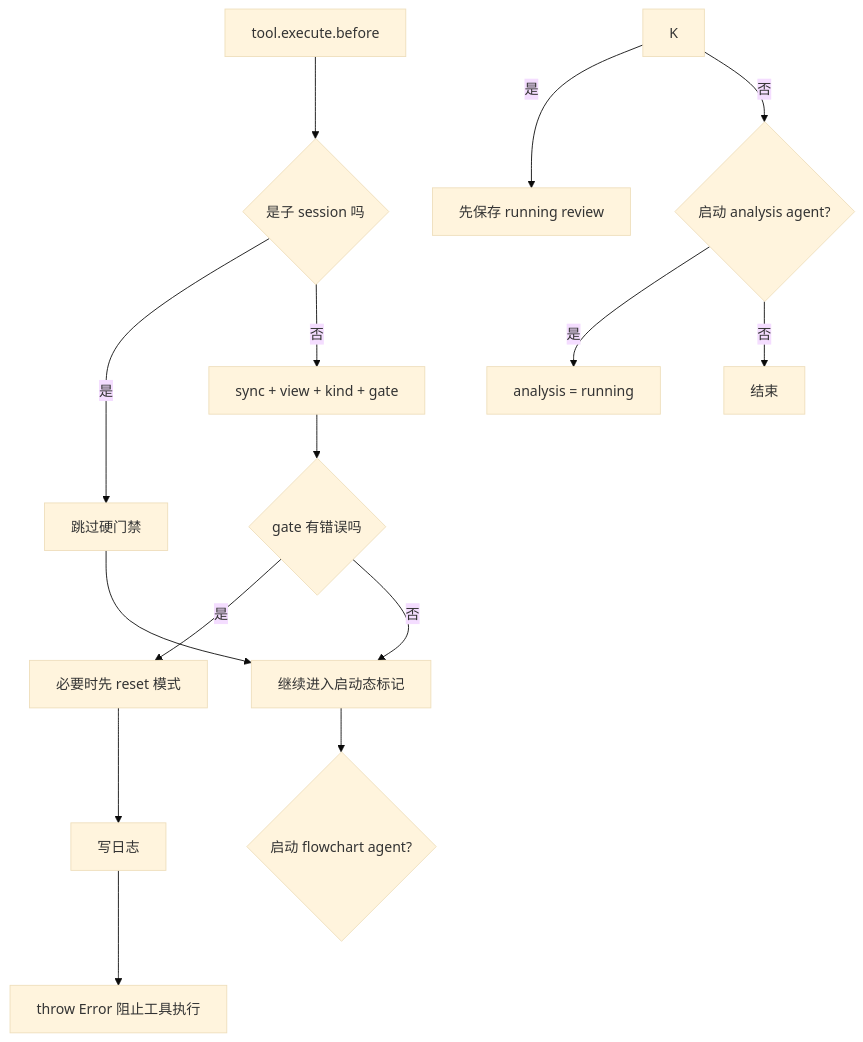
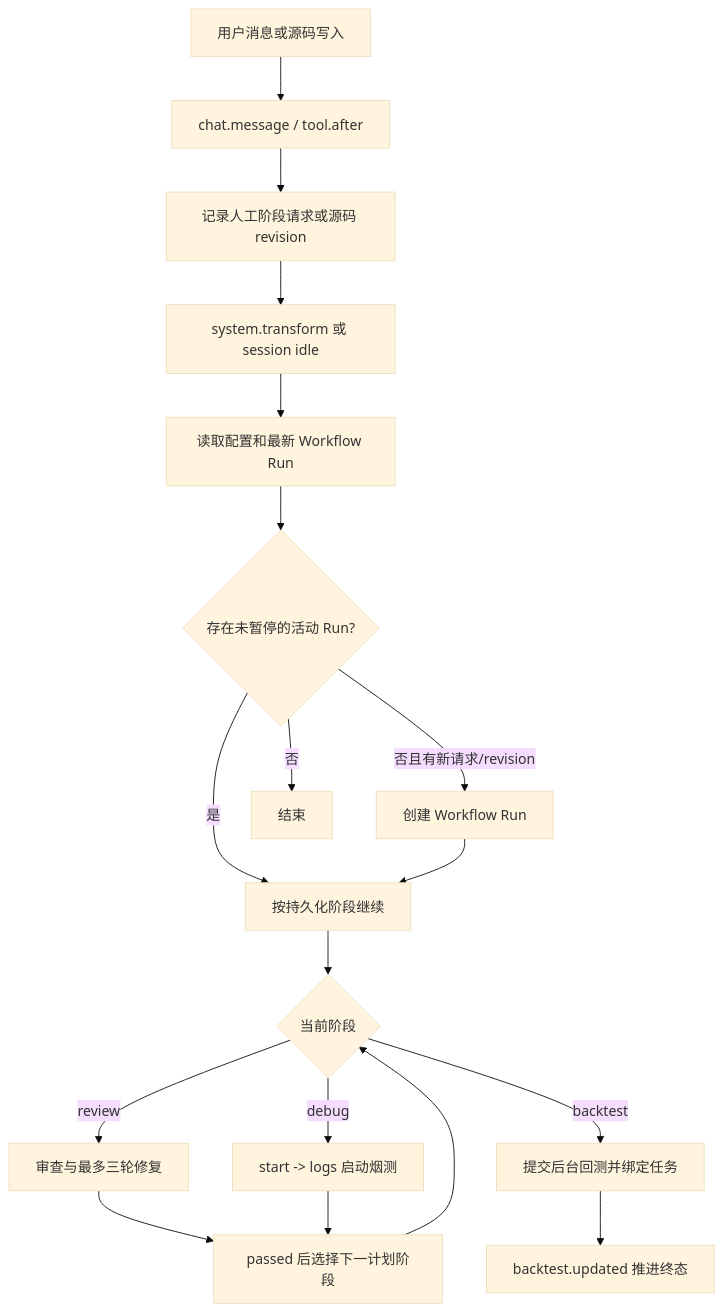
The first of 2 diagrams in packages/smartx-workflow/TRIGGER_FLOW.md (89780012/opencode), drawn with Mermaid (base theme) before and after one commit. The commit also changed other lines of this file and 35 other files, not shown here.

````diff
--- a/packages/smartx-workflow/TRIGGER_FLOW.md
+++ b/packages/smartx-workflow/TRIGGER_FLOW.md
@@ -139,19 +16,20 @@
 ```mermaid
 flowchart TD
-  A[tool.execute.before] --> B{是子 session 吗}
-  B -->|是| C[跳过硬门禁]
-  B -->|否| D[sync + view + kind + gate]
-
-  D --> E{gate 有错误吗}
-  E -->|是| F[必要时先 reset 模式]
-  F --> G[写日志]
-  G --> H[throw Error 阻止工具执行]
-  E -->|否| I[继续进入启动态标记]
-
-  C --> I
-  I --> J{启动 flowchart agent?}
-  K -->|是| K1[先保存 running review]
-  K -->|否| L{启动 analysis agent?}
-  L -->|是| L1[analysis = running]
-  L -->|否| M[结束]
+  A[用户消息或源码写入] --> B[chat.message / tool.after]
+  B --> C[记录人工阶段请求或源码 revision]
+  C --> D[system.transform 或 session idle]
+  D --> E[读取配置和最新 Workflow Run]
+  E --> F{存在未暂停的活动 Run?}
+  F -->|是| G[按持久化阶段继续]
+  F -->|否且有新请求/revision| H[创建 Workflow Run]
+  F -->|否| I[结束]
+  H --> G
+  G --> J{当前阶段}
+  J -->|review| K[审查与最多三轮修复]
+  J -->|debug| L[start -> logs 启动烟测]
+  J -->|backtest| M[提交后台回测并绑定任务]
+  K --> N[passed 后选择下一计划阶段]
+  L --> N
+  M --> O[backtest.updated 推进终态]
+  N --> J
 ```
````
